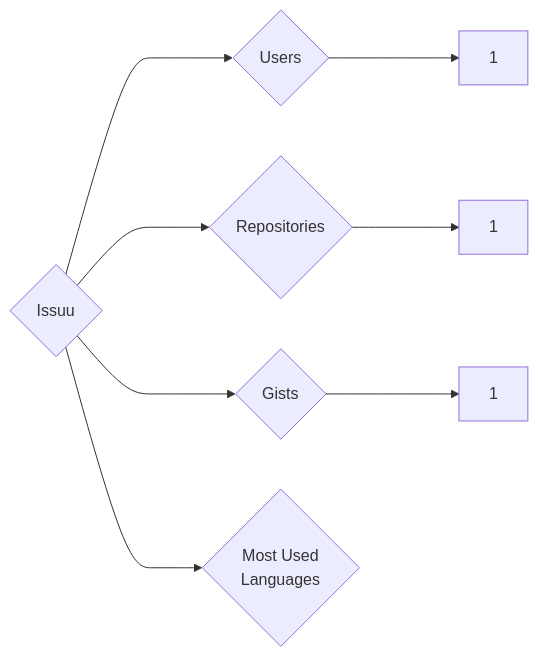
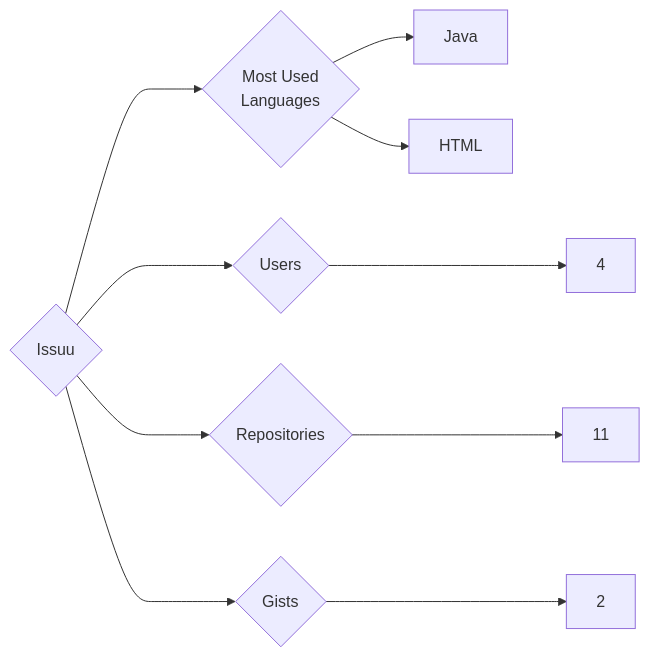
Before and after one commit to trickest/insiders: the diagram in targets/Issuu/README.md, drawn with Mermaid. The commit also changed 873 other files, not shown here.

````diff
--- a/targets/Issuu/README.md
+++ b/targets/Issuu/README.md
@@ -3,8 +3,10 @@
 ```mermaid
 graph LR
 COMPANY_NAME{Issuu}
-COMPANY_NAME ---> U{Users} ---> UN[1]
-COMPANY_NAME ---> R{Repositories} ---> RN[1]
-COMPANY_NAME ---> G{Gists} ---> GN[1]
+COMPANY_NAME ---> U{Users} ---> UN[4]
+COMPANY_NAME ---> R{Repositories} ---> RN[11]
+COMPANY_NAME ---> G{Gists} ---> GN[2]
 COMPANY_NAME ---> ML{Most Used<br>Languages}
+ML --> Java[Java]
+ML --> HTML[HTML]
 ```
````
